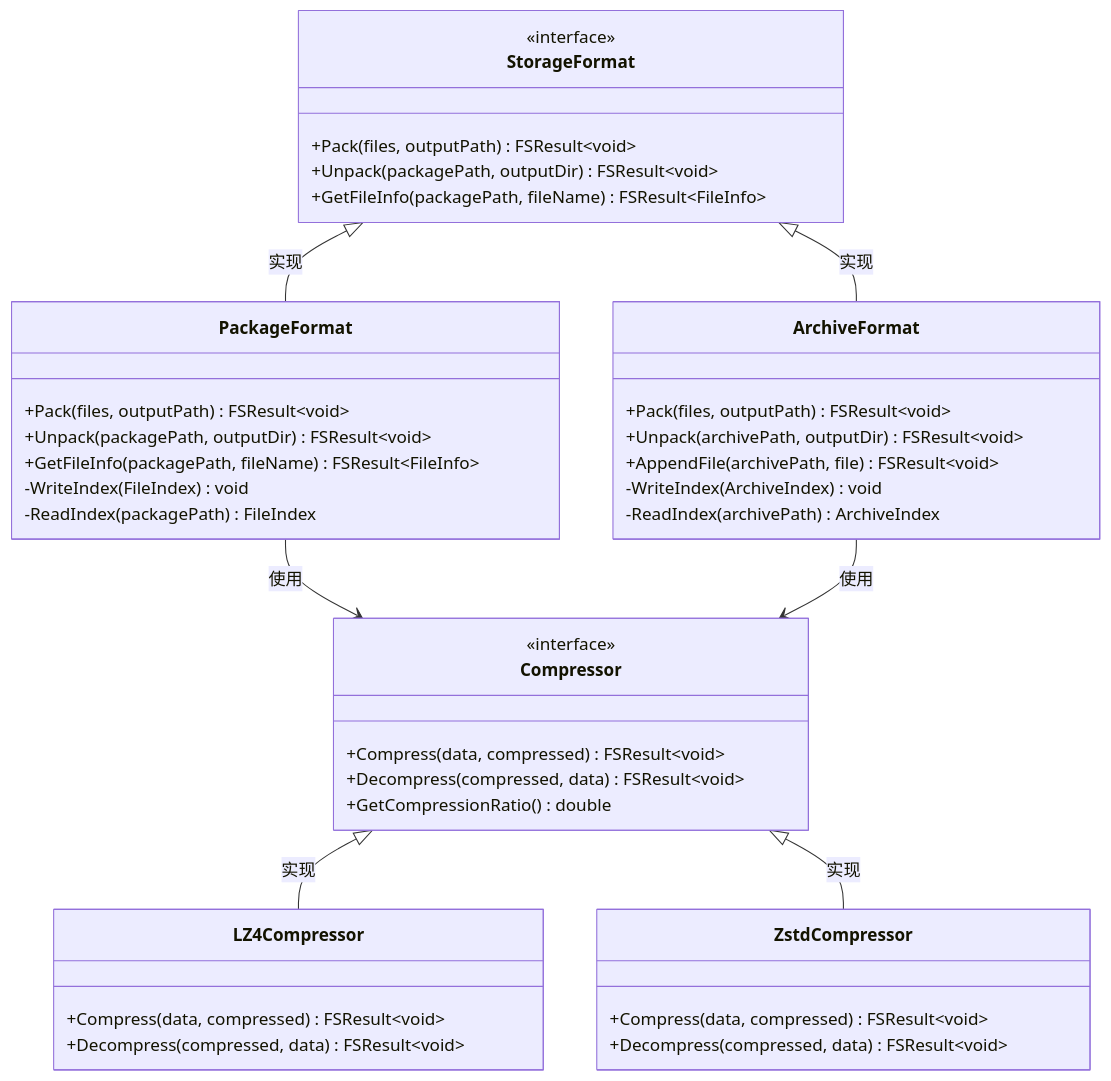
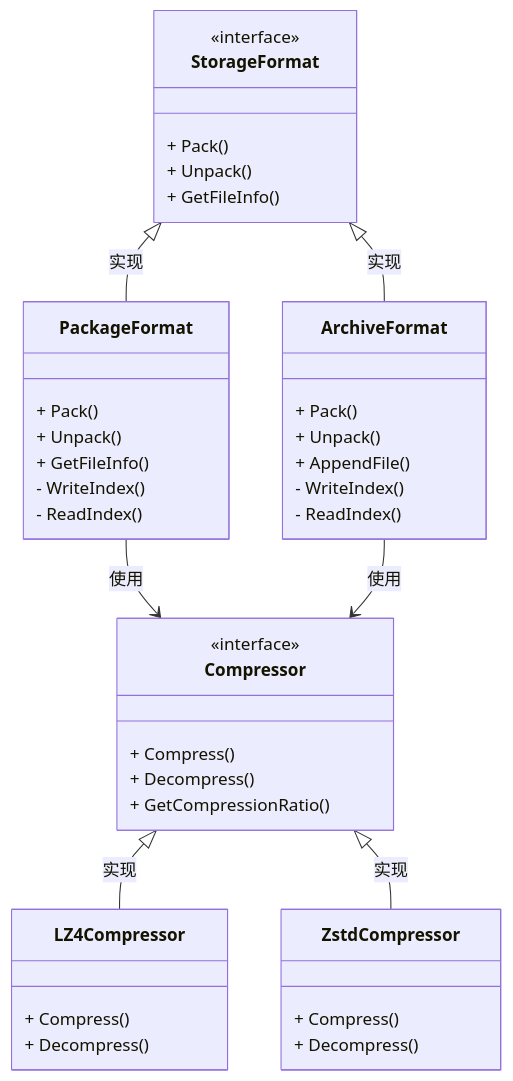
One commit to zhouzhilong-commits/zhouzhilong-commits.github.io changed the seventh of 10 diagrams in _posts/2025-07-28-indexlib-10-filesystem-storage.md. Above: the diagram before and after it, drawn with Mermaid. The commit also changed other lines of this file and 228 other files, not shown here.

````diff
--- a/_posts/2025-07-28-indexlib-10-filesystem-storage.md
+++ b/_posts/2025-07-28-indexlib-10-filesystem-storage.md
@@ -999,49 +999,49 @@
 ```mermaid
 classDiagram
     class StorageFormat {
         <<interface>>
-        +Pack(files, outputPath) FSResult~void~
-        +Unpack(packagePath, outputDir) FSResult~void~
-        +GetFileInfo(packagePath, fileName) FSResult~FileInfo~
+        + Pack()
+        + Unpack()
+        + GetFileInfo()
     }
     
     class PackageFormat {
-        +Pack(files, outputPath) FSResult~void~
-        +Unpack(packagePath, outputDir) FSResult~void~
-        +GetFileInfo(packagePath, fileName) FSResult~FileInfo~
-        -WriteIndex(FileIndex) void
-        -ReadIndex(packagePath) FileIndex
+        + Pack()
+        + Unpack()
+        + GetFileInfo()
+        - WriteIndex()
+        - ReadIndex()
     }
     
     class ArchiveFormat {
-        +Pack(files, outputPath) FSResult~void~
-        +Unpack(archivePath, outputDir) FSResult~void~
-        +AppendFile(archivePath, file) FSResult~void~
-        -WriteIndex(ArchiveIndex) void
-        -ReadIndex(archivePath) ArchiveIndex
+        + Pack()
+        + Unpack()
+        + AppendFile()
+        - WriteIndex()
+        - ReadIndex()
     }
     
     class Compressor {
         <<interface>>
-        +Compress(data, compressed) FSResult~void~
-        +Decompress(compressed, data) FSResult~void~
-        +GetCompressionRatio() double
+        + Compress()
+        + Decompress()
+        + GetCompressionRatio()
     }
     
     class LZ4Compressor {
-        +Compress(data, compressed) FSResult~void~
-        +Decompress(compressed, data) FSResult~void~
+        + Compress()
+        + Decompress()
     }
     
     class ZstdCompressor {
-        +Compress(data, compressed) FSResult~void~
-        +Decompress(compressed, data) FSResult~void~
+        + Compress()
+        + Decompress()
     }
     
     StorageFormat <|-- PackageFormat : 实现
     StorageFormat <|-- ArchiveFormat : 实现
     PackageFormat --> Compressor : 使用
     ArchiveFormat --> Compressor : 使用
     Compressor <|-- LZ4Compressor : 实现
     Compressor <|-- ZstdCompressor : 实现
 ```
````
